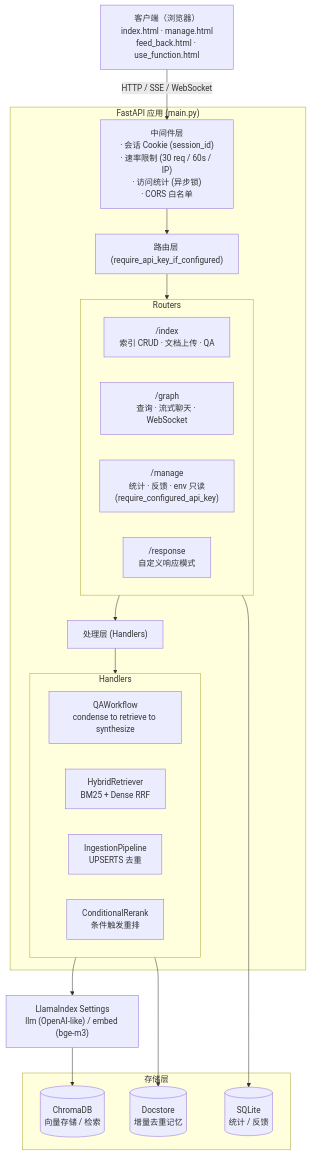
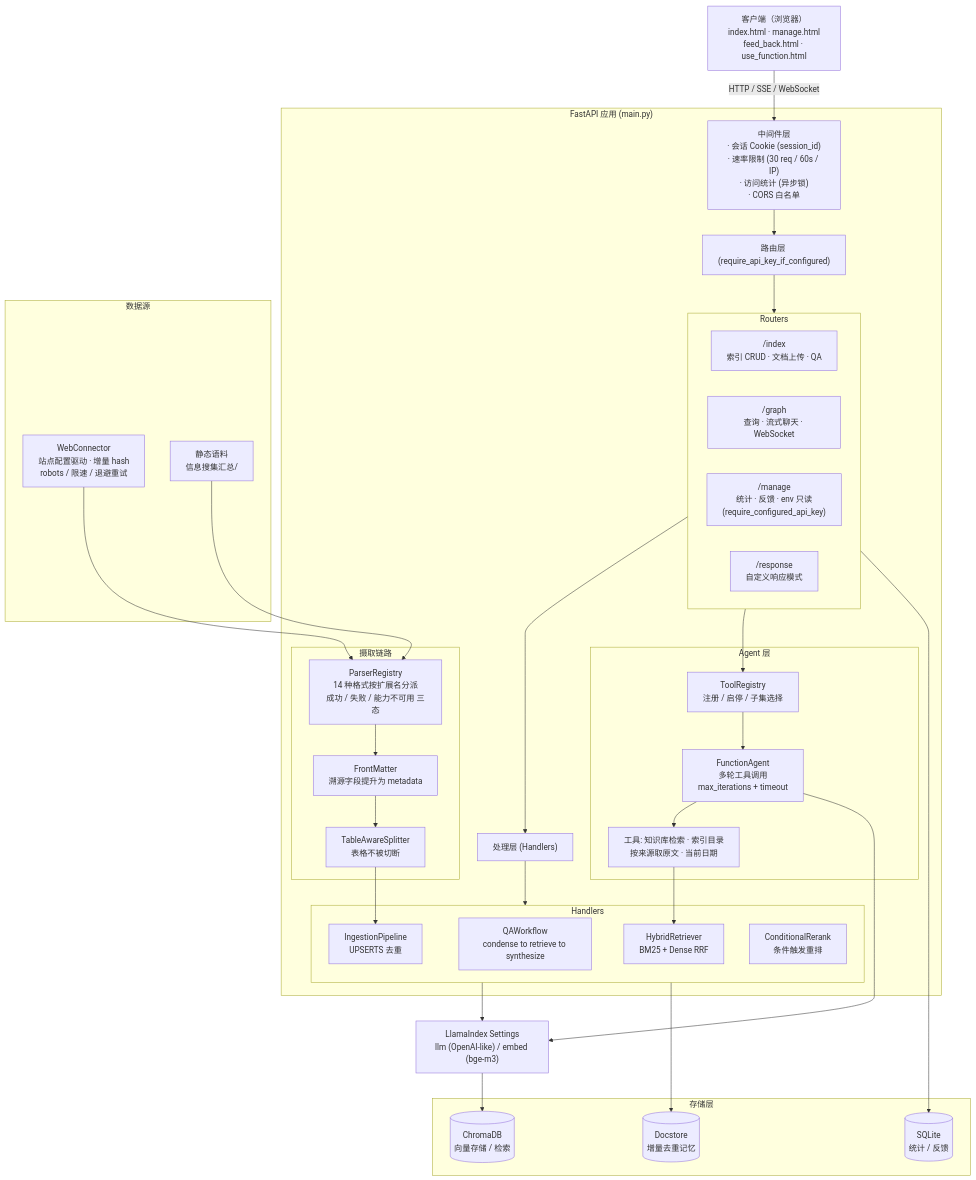
One commit to OpenCUIT/CUITCCA changed the first of 3 diagrams in README.md. Above: the diagram before and after it, drawn with Mermaid. The commit also changed other lines of this file and 4 other files, not shown here.

````diff
--- a/README.md
+++ b/README.md
@@ -75,34 +83,54 @@
 ```mermaid
 flowchart TB
     Client["客户端（浏览器）<br/>index.html · manage.html<br/>feed_back.html · use_function.html"]
     subgraph FastAPI["FastAPI 应用 (main.py)"]
         MW["中间件层<br/>· 会话 Cookie (session_id)<br/>· 速率限制 (30 req / 60s / IP)<br/>· 访问统计 (异步锁)<br/>· CORS 白名单"]
         RT["路由层 (require_api_key_if_configured)"]
         subgraph Routers
             RI["/index<br/>索引 CRUD · 文档上传 · QA"]
             RG["/graph<br/>查询 · 流式聊天 · WebSocket"]
             RM["/manage<br/>统计 · 反馈 · env 只读<br/>(require_configured_api_key)"]
             RR["/response<br/>自定义响应模式"]
         end
         HD["处理层 (Handlers)"]
         subgraph Handlers
             QW["QAWorkflow<br/>condense to retrieve to synthesize"]
             HR["HybridRetriever<br/>BM25 + Dense RRF"]
             IP["IngestionPipeline<br/>UPSERTS 去重"]
             CR["ConditionalRerank<br/>条件触发重排"]
         end
+        subgraph AgentLayer["Agent 层"]
+            TR["ToolRegistry<br/>注册 / 启停 / 子集选择"]
+            AG["FunctionAgent<br/>多轮工具调用<br/>max_iterations + timeout"]
+            TL["工具: 知识库检索 · 索引目录<br/>按来源取原文 · 当前日期"]
+        end
+        subgraph Ingest["摄取链路"]
+            PR["ParserRegistry<br/>14 种格式按扩展名分派<br/>成功 / 失败 / 能力不可用 三态"]
+            CK["TableAwareSplitter<br/>表格不被切断"]
+            FM["FrontMatter<br/>溯源字段提升为 metadata"]
+        end
+    end
+    subgraph Sources["数据源"]
+        WC["WebConnector<br/>站点配置驱动 · 增量 hash<br/>robots / 限速 / 退避重试"]
+        FS["静态语料<br/>信息搜集汇总/"]
     end
     LI["LlamaIndex Settings<br/>llm (OpenAI-like) / embed (bge-m3)"]
     subgraph Storage["存储层"]
         CD[("ChromaDB<br/>向量存储 / 检索")]
         DB[("SQLite<br/>统计 / 反馈")]
         DS[("Docstore<br/>增量去重记忆")]
     end
     Client -->|"HTTP / SSE / WebSocket"| MW
     MW --> RT --> Routers
     Routers --> HD --> Handlers
+    WC --> PR
+    FS --> PR
+    PR --> FM --> CK --> IP
+    Routers --> TR --> AG --> TL
+    TL --> HR
     Handlers --> LI
+    AG --> LI
     LI --> CD
     Handlers --> DS
     Routers --> DB
 ```
````
